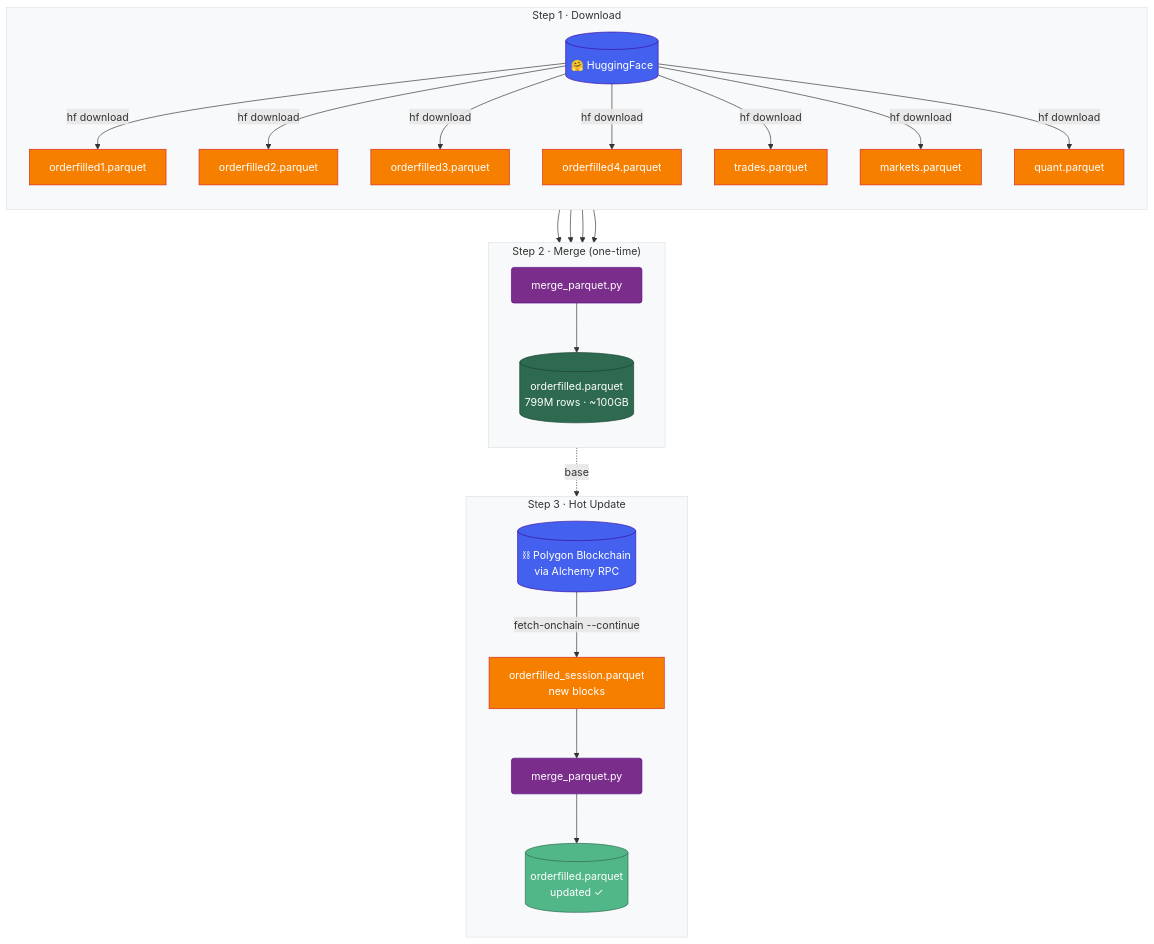
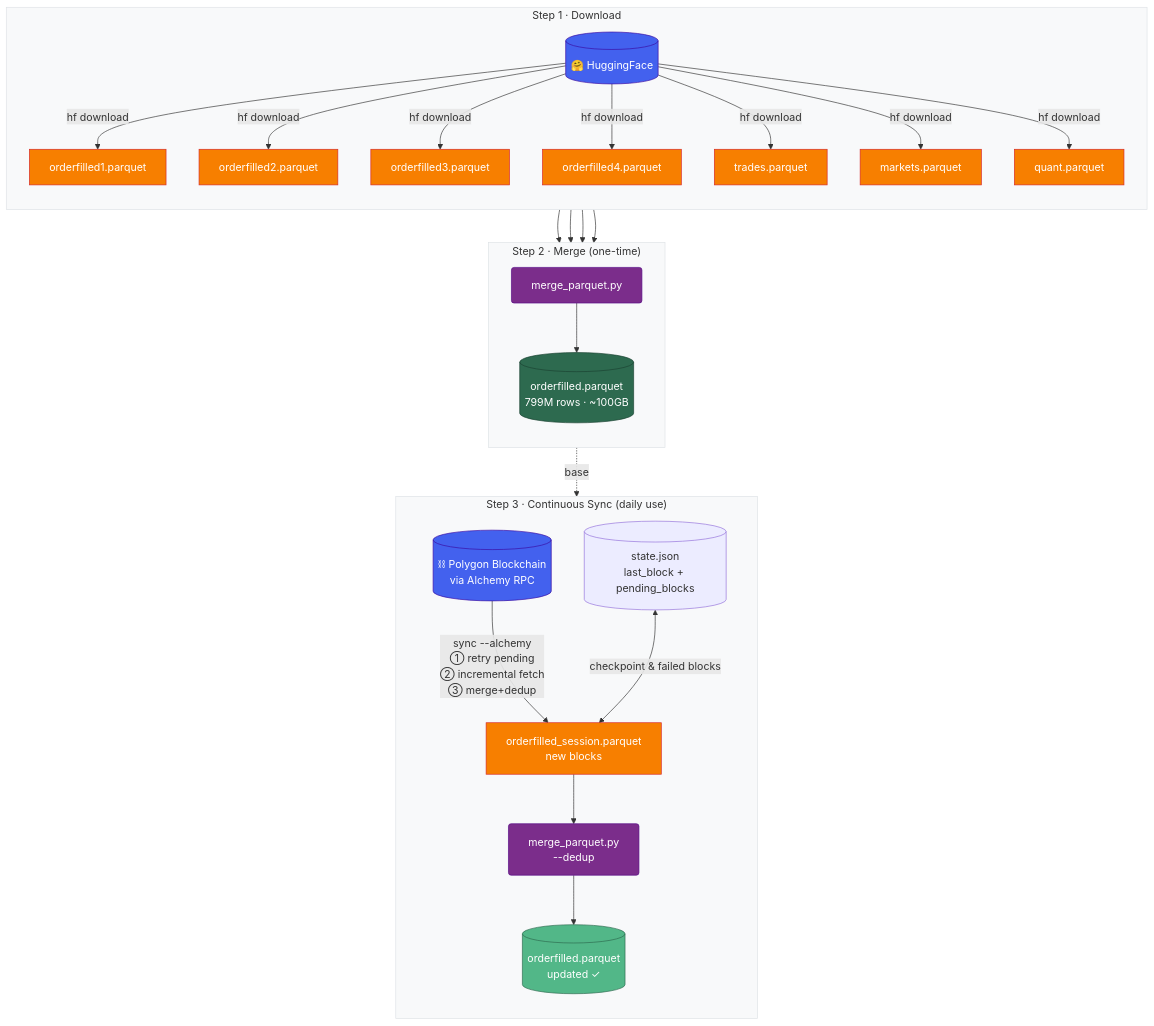
The diagram in README.md (Tsaiyber/Polymarket_data), drawn with Mermaid before and after one commit. The commit also changed other lines of this file and 5 other files, not shown here.

First line of the commit message:
Add sync command with adaptive retry and persistent pending_blocks

````diff
--- a/README.md
+++ b/README.md
@@ -62,47 +62,49 @@
 ```mermaid
 flowchart TD
     subgraph S1["  Step 1 · Download  "]
         direction TB
         HF[("🤗 HuggingFace")]
         OF1["orderfilled1.parquet"]
         OF2["orderfilled2.parquet"]
         OF3["orderfilled3.parquet"]
         OF4["orderfilled4.parquet"]
         TR["trades.parquet"]
         MK["markets.parquet"]
         QT["quant.parquet"]
         HF -->|hf download| OF1 & OF2 & OF3 & OF4 & TR & MK & QT
     end
 
     subgraph S2["  Step 2 · Merge  (one-time)  "]
         direction TB
         MP1["merge_parquet.py"]
         OF[("orderfilled.parquet\n799M rows · ~100GB")]
         OF1 & OF2 & OF3 & OF4 --> MP1 --> OF
     end
 
-    subgraph S3["  Step 3 · Hot Update  "]
+    subgraph S3["  Step 3 · Continuous Sync (daily use)  "]
         direction TB
         BC[("⛓ Polygon Blockchain\nvia Alchemy RPC")]
+        SJ[("state.json\nlast_block + pending_blocks")]
         SS["orderfilled_session.parquet\nnew blocks"]
-        MP2["merge_parquet.py"]
+        MP2["merge_parquet.py\n--dedup"]
         OFU[("orderfilled.parquet\nupdated ✓")]
-        BC -->|"fetch-onchain --continue"| SS
+        BC -->|"sync --alchemy\n① retry pending\n② incremental fetch\n③ merge+dedup"| SS
+        SJ <-->|checkpoint & failed blocks| SS
         OF -.->|base| MP2
         SS --> MP2 --> OFU
     end
 
     classDef source    fill:#4361EE,stroke:#3A0CA3,color:#fff,rx:8
     classDef raw       fill:#F77F00,stroke:#D62828,color:#fff
     classDef tool      fill:#7B2D8B,stroke:#560A86,color:#fff,rx:4
     classDef main      fill:#2D6A4F,stroke:#1B4332,color:#fff,rx:8
     classDef updated   fill:#52B788,stroke:#2D6A4F,color:#fff,rx:8
     classDef step      fill:#F8F9FA,stroke:#DEE2E6,color:#333
 
     class HF,BC source
     class OF1,OF2,OF3,OF4,TR,MK,QT,SS raw
     class MP1,MP2 tool
     class OF main
     class OFU updated
     class S1,S2,S3 step
 ```
````
